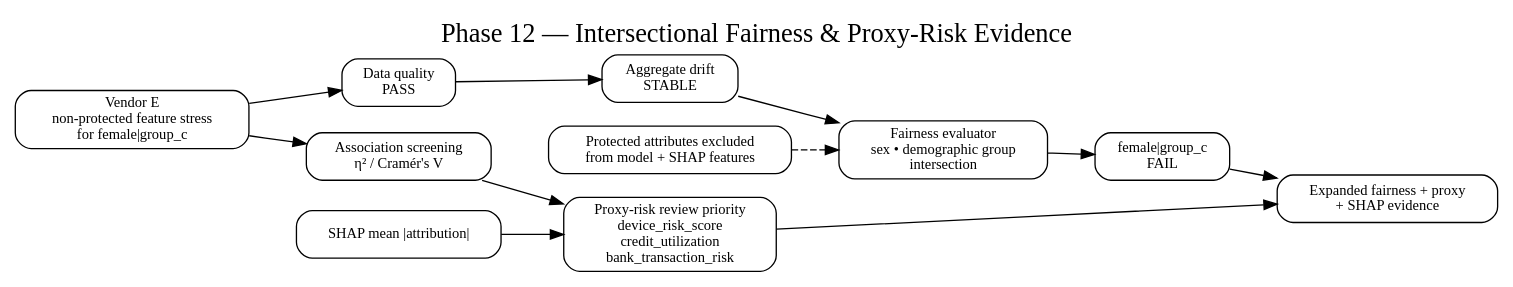
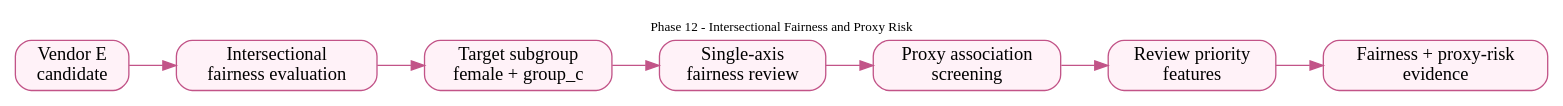
The diagram in docs/assets/diagrams/phase12-fairness-proxy.dot (Parmodk2310/CreditScorev4-ML-Governance), drawn with Graphviz before and after one commit. The commit also changed 50 other files, not shown here.

Commit message:
docs: integrate complete Phase 1-13 architecture

```diff
--- a/docs/assets/diagrams/phase12-fairness-proxy.dot
+++ b/docs/assets/diagrams/phase12-fairness-proxy.dot
@@ -1,18 +1,21 @@
-digraph Phase12 {
-  graph [rankdir=LR, labelloc="t", label="Phase 12 — Intersectional Fairness & Proxy-Risk Evidence", fontsize=20];
-  node [shape=box, style="rounded", fontsize=11];
-  vendor [label="Vendor E\nnon-protected feature stress\nfor female|group_c"];
-  quality [label="Data quality\nPASS"];
-  drift [label="Aggregate drift\nSTABLE"];
-  fairness [label="Fairness evaluator\nsex • demographic group\nintersection"];
-  intersection [label="female|group_c\nFAIL"];
-  assoc [label="Association screening\nη² / Cramér's V"];
-  shap [label="SHAP mean |attribution|"];
-  proxy [label="Proxy-risk review priority\ndevice_risk_score\ncredit_utilization\nbank_transaction_risk"];
-  evidence [label="Expanded fairness + proxy\n+ SHAP evidence"];
-  boundary [label="Protected attributes excluded\nfrom model + SHAP features"];
-  vendor -> quality -> drift -> fairness -> intersection -> evidence;
-  vendor -> assoc -> proxy;
-  shap -> proxy -> evidence;
-  boundary -> fairness [style=dashed];
+digraph G {
+  rankdir=LR;
+  graph [fontsize=10, labelloc=t, label="Phase 12 - Intersectional Fairness and Proxy Risk"];
+  node [shape=box, style="rounded,filled", fillcolor="#fff2f8", color="#c25488"];
+  edge [color="#c25488"];
+  A [label="Vendor E
+candidate"];
+  B [label="Intersectional
+fairness evaluation"];
+  C [label="Target subgroup
+female + group_c"];
+  D [label="Single-axis
+fairness review"];
+  E [label="Proxy association
+screening"];
+  F [label="Review priority
+features"];
+  G [label="Fairness + proxy-risk
+evidence"];
+  A -> B -> C -> D -> E -> F -> G;
 }
```
